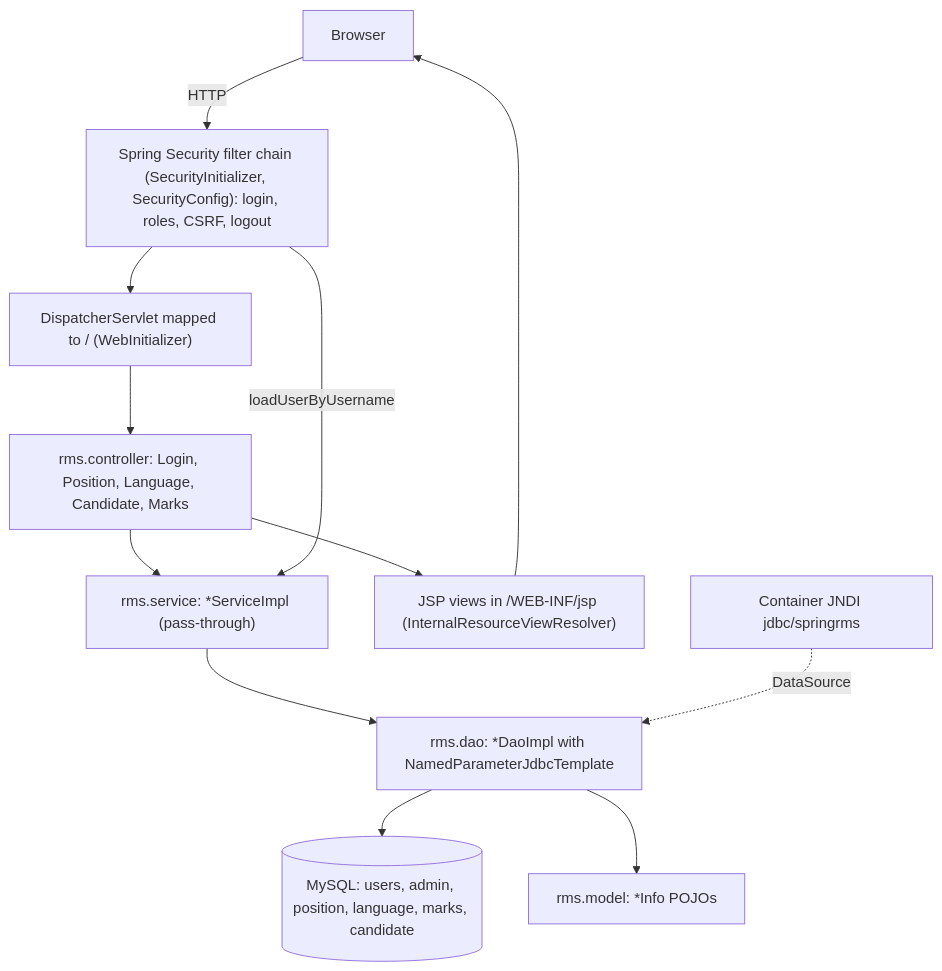
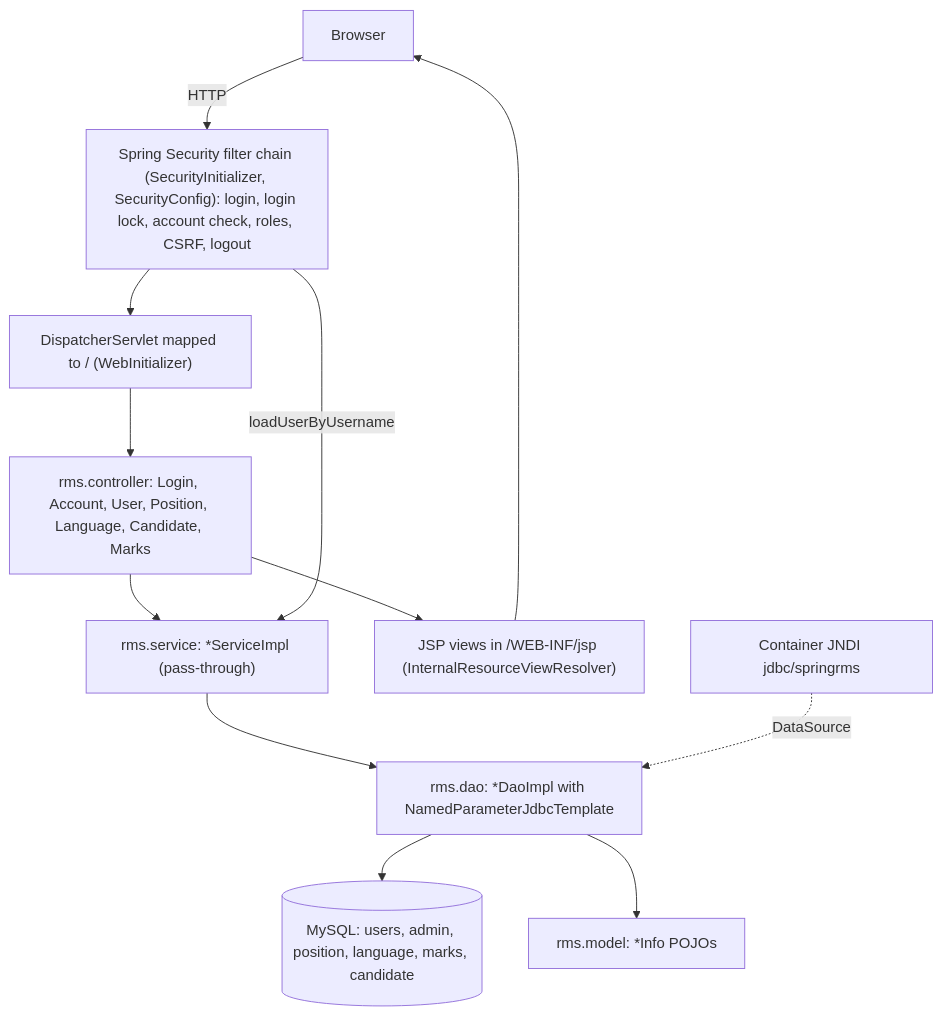
The diagram in docs/architecture.md (rafitsabbir/RMS), drawn with Mermaid before and after one commit. The commit also changed other lines of this file and 76 other files, not shown here.

````diff
--- a/docs/architecture.md
+++ b/docs/architecture.md
@@ -8,14 +8,14 @@
 ```mermaid
 flowchart TB
-  U[Browser] -->|HTTP| SEC["Spring Security filter chain (SecurityInitializer, SecurityConfig): login, roles, CSRF, logout"]
+  U[Browser] -->|HTTP| SEC["Spring Security filter chain (SecurityInitializer, SecurityConfig): login, login lock, account check, roles, CSRF, logout"]
   SEC --> DS["DispatcherServlet mapped to / (WebInitializer)"]
   DS --> CTL
-  CTL["rms.controller: Login, Position, Language, Candidate, Marks"] --> SVC["rms.service: *ServiceImpl (pass-through)"]
+  CTL["rms.controller: Login, Account, User, Position, Language, Candidate, Marks"] --> SVC["rms.service: *ServiceImpl (pass-through)"]
   SEC -->|loadUserByUsername| SVC
   SVC --> DAO["rms.dao: *DaoImpl with NamedParameterJdbcTemplate"]
   DAO --> DB[("MySQL: users, admin, position, language, marks, candidate")]
   DAO --> M["rms.model: *Info POJOs"]
   CTL --> V["JSP views in /WEB-INF/jsp (InternalResourceViewResolver)"]
   V --> U
   JNDI["Container JNDI jdbc/springrms"] -.->|DataSource| DAO
 ```
````
